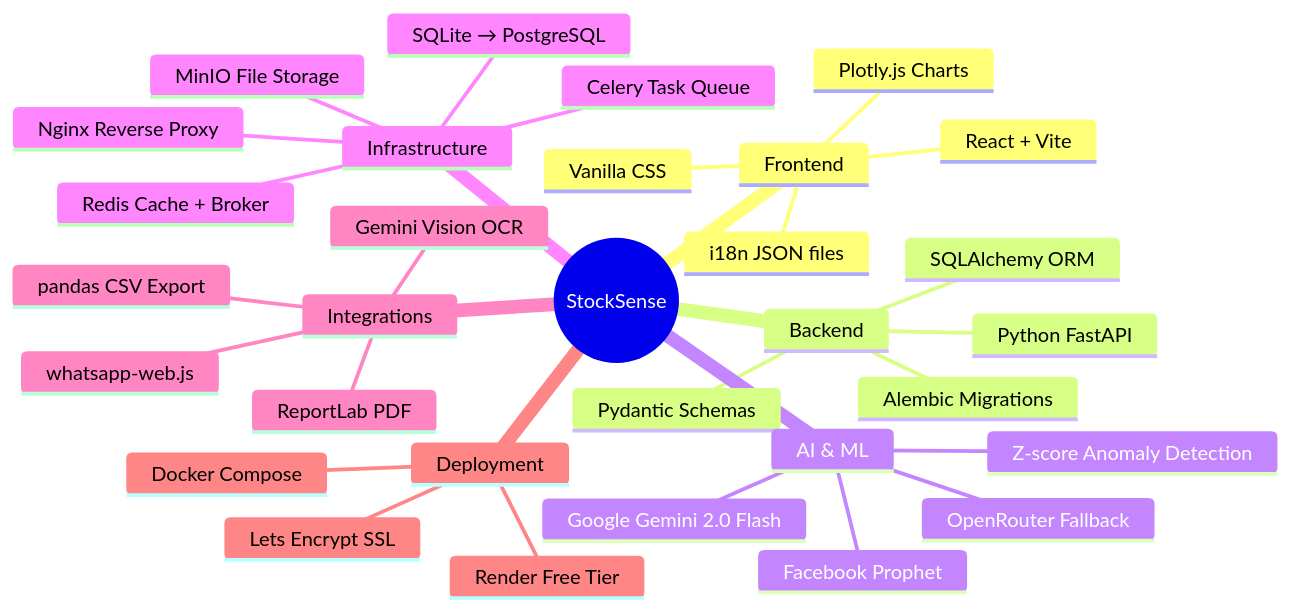
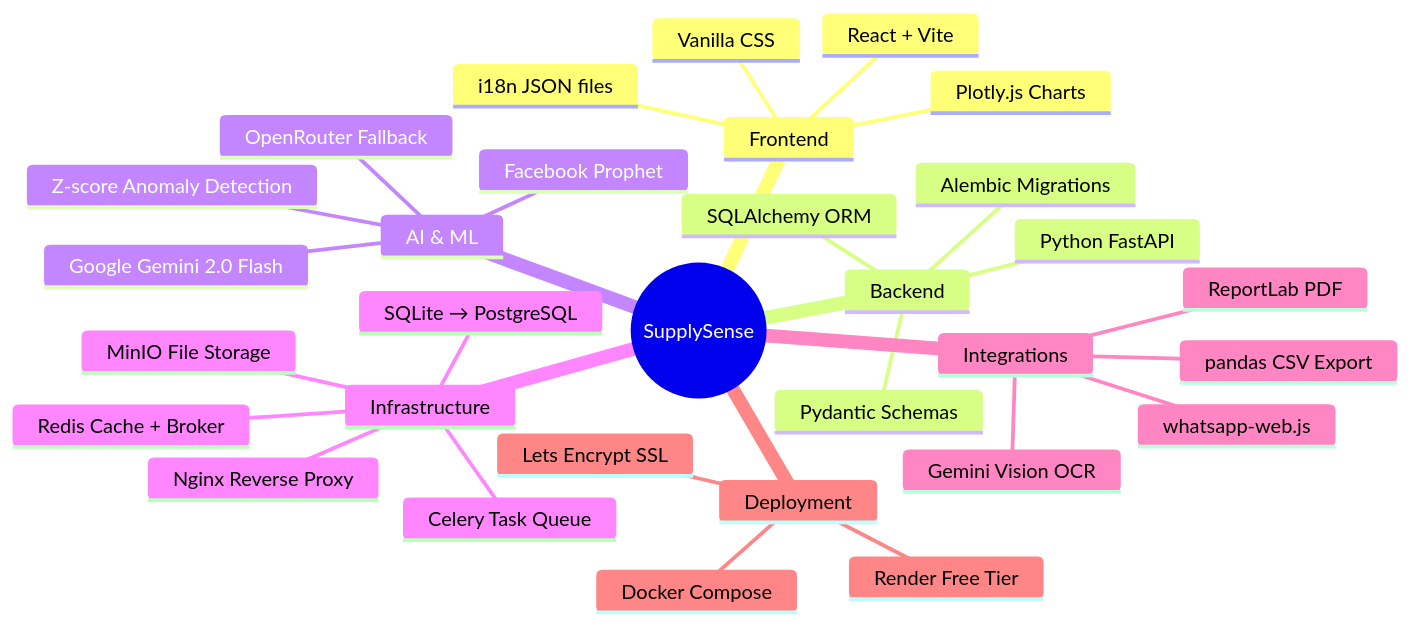
Diagram 13 of 13 in docs/HLD_mermaid.md (ARYAN10227/SupplySense), drawn with Mermaid before and after one commit. The commit also changed other lines of this file and 42 other files, not shown here.

First line of the commit message:
docs: fix README, add DEPLOYMENT.md and CI, unify SupplySense naming

````diff
--- a/docs/HLD_mermaid.md
+++ b/docs/HLD_mermaid.md
@@ -592,34 +592,34 @@
 ```mermaid
 mindmap
-    root((StockSense))
+    root((SupplySense))
         Frontend
             React + Vite
             Plotly.js Charts
             Vanilla CSS
             i18n JSON files
         Backend
             Python FastAPI
             Pydantic Schemas
             SQLAlchemy ORM
             Alembic Migrations
         AI & ML
             Facebook Prophet
             Google Gemini 2.0 Flash
             OpenRouter Fallback
             Z-score Anomaly Detection
         Infrastructure
             SQLite → PostgreSQL
             Redis Cache + Broker
             Celery Task Queue
             MinIO File Storage
             Nginx Reverse Proxy
         Integrations
             whatsapp-web.js
             Gemini Vision OCR
             pandas CSV Export
             ReportLab PDF
         Deployment
             Docker Compose
             Render Free Tier
             Lets Encrypt SSL
 ```
````
